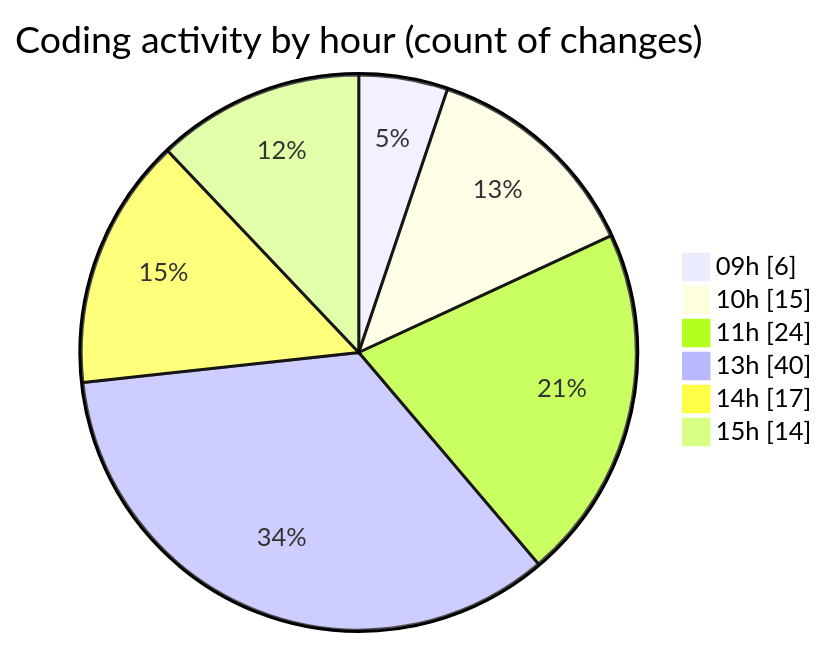
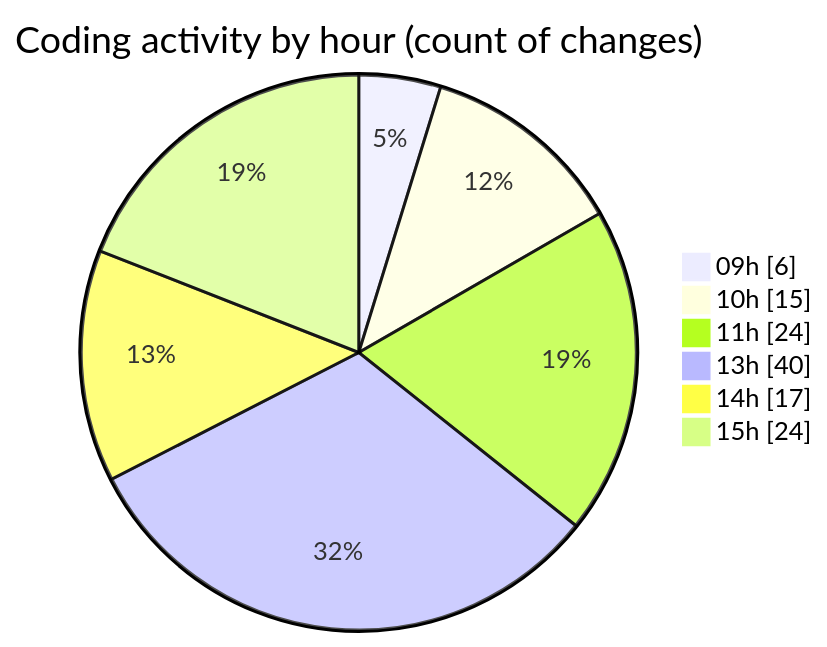
One commit to momahboobian/code-tracking changed the second of 2 diagrams in 2026-04-20/cda/README.md. Above: the diagram before and after it, drawn with Mermaid. The commit also changed other lines of this file and 1 other file, not shown here.

````diff
--- a/2026-04-20/cda/README.md
+++ b/2026-04-20/cda/README.md
@@ -54,10 +54,10 @@
 ```mermaid
 pie showData
 title Coding activity by hour (count of changes)
 "09h" : 6
 "10h" : 15
 "11h" : 24
 "13h" : 40
 "14h" : 17
-"15h" : 14
+"15h" : 24
 ```
````
